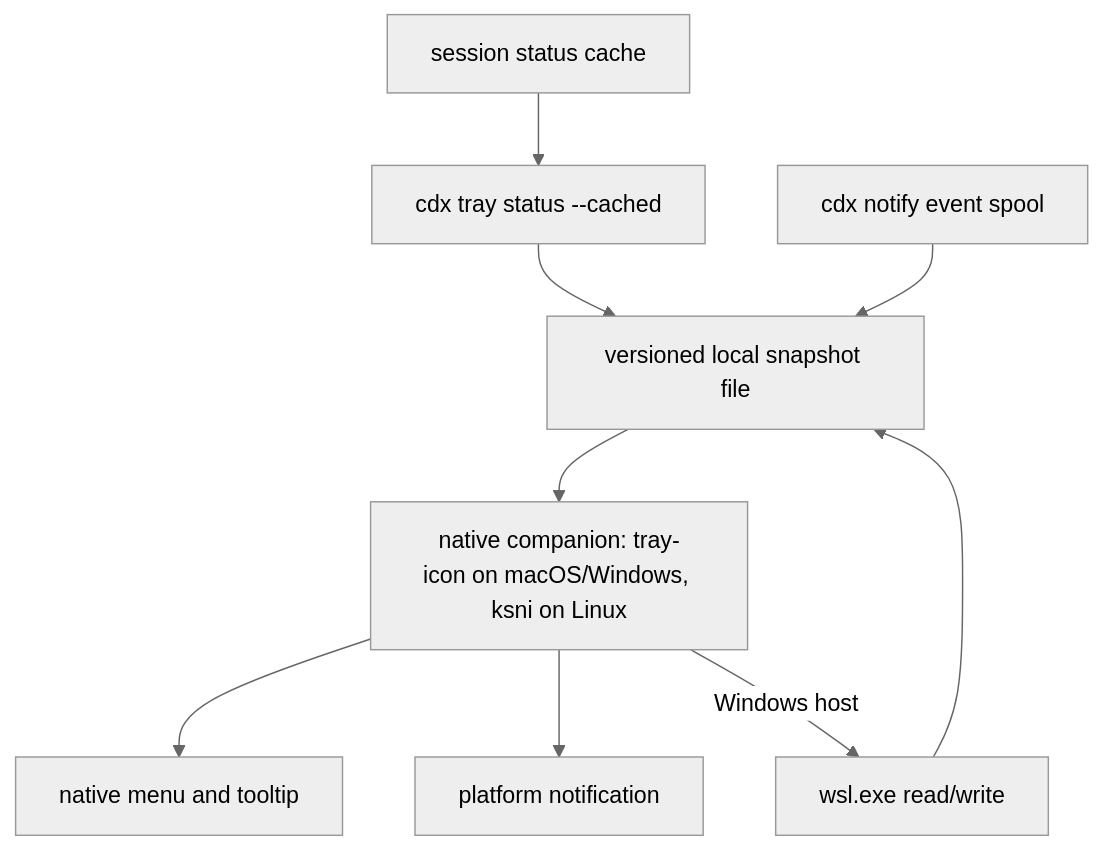
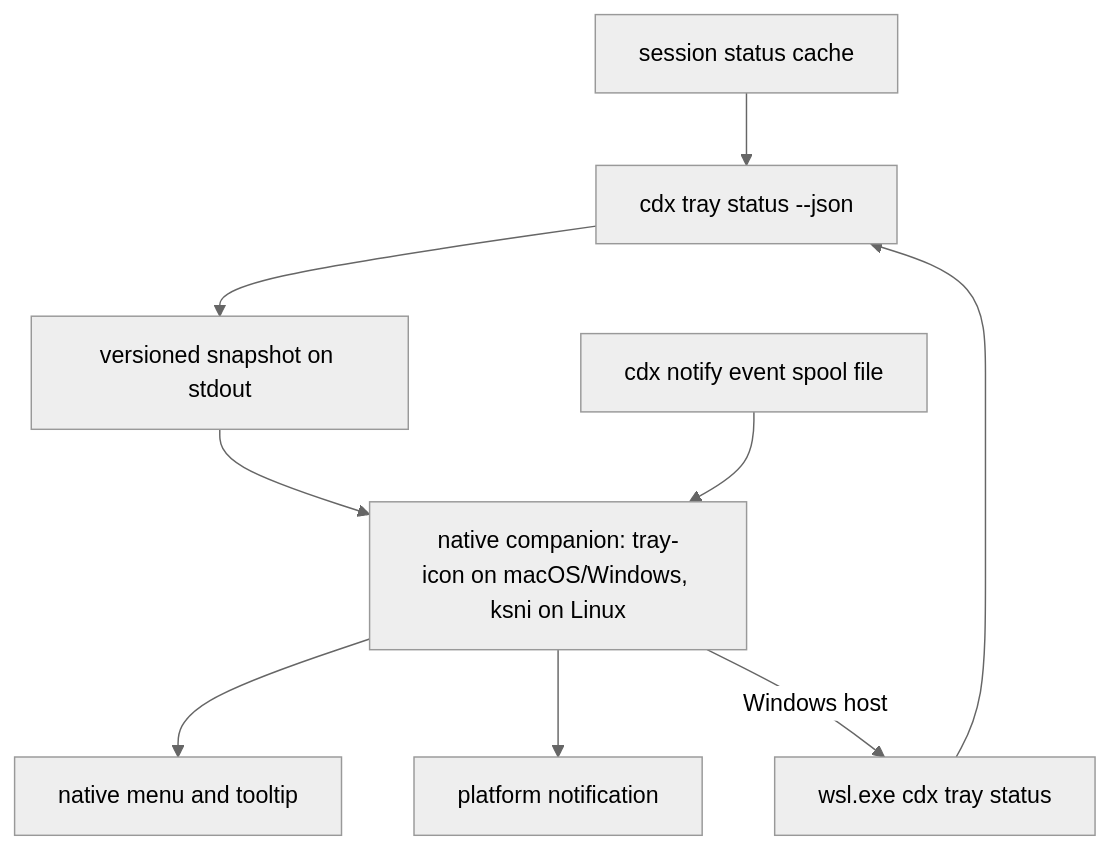
Before and after one commit to AlexAgo83/cdx-manager: the diagram in logics/architecture/adr_005_cdx_tray_runtime_and_companion_transport_boundary.md, drawn with Mermaid (neutral theme). The commit also changed other lines of this file and 5 other files, not shown here.

First line of the commit message:
docs(logics): amend adr_005 to carry tray status on stdout, not a file

````diff
--- a/logics/architecture/adr_005_cdx_tray_runtime_and_companion_transport_boundary.md
+++ b/logics/architecture/adr_005_cdx_tray_runtime_and_companion_transport_boundary.md
@@ -33,11 +33,11 @@
 ```mermaid
 flowchart TD
-    Cache[session status cache] --> Cdx[cdx tray status --cached]
-    Cdx --> Snapshot[versioned local snapshot file]
-    Spool[cdx notify event spool] --> Snapshot
+    Cache[session status cache] --> Cdx[cdx tray status --json]
+    Cdx --> Snapshot[versioned snapshot on stdout]
     Snapshot --> Native[native companion: tray-icon on macOS/Windows, ksni on Linux]
+    Spool[cdx notify event spool file] --> Native
     Native --> Menu[native menu and tooltip]
     Native --> Toast[platform notification]
-    Native -->|Windows host| Interop[wsl.exe read/write]
-    Interop --> Snapshot
+    Native -->|Windows host| Interop[wsl.exe cdx tray status]
+    Interop --> Cdx
 ```
````
